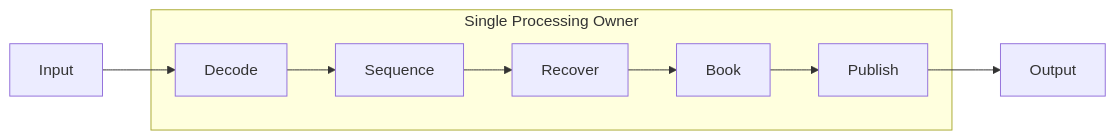
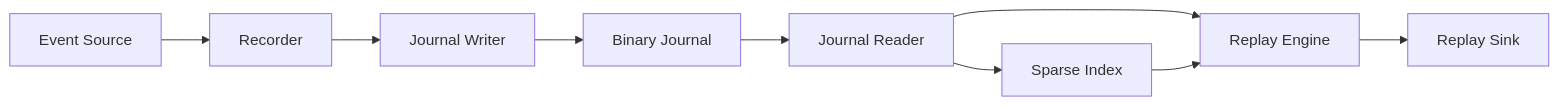
The eighth of 13 diagrams in docs/architecture.md (tembolo1284/maxwell), drawn with Mermaid before and after one commit. The commit also changed other lines of this file and 10 other files, not shown here.

````diff
--- a/docs/architecture.md
+++ b/docs/architecture.md
@@ -720,17 +535,16 @@
 ```mermaid
 flowchart LR
-    INPUT["Input"]
+    SOURCE["Event Source"]
+    REC["Recorder"]
+    WRITER["Journal Writer"]
+    FILE["Binary Journal"]
+    READER["Journal Reader"]
+    INDEX["Sparse Index"]
+    ENGINE["Replay Engine"]
+    SINK["Replay Sink"]
 
-    subgraph OWNER["Single Processing Owner"]
-        D["Decode"]
-        S["Sequence"]
-        R["Recover"]
-        B["Book"]
-        P["Publish"]
-
-        D --> S --> R --> B --> P
-    end
-
-    INPUT --> D
-    P --> OUTPUT["Output"]
+    SOURCE --> REC --> WRITER --> FILE
+    FILE --> READER --> ENGINE --> SINK
+    READER --> INDEX
+    INDEX --> ENGINE
 ```
````
